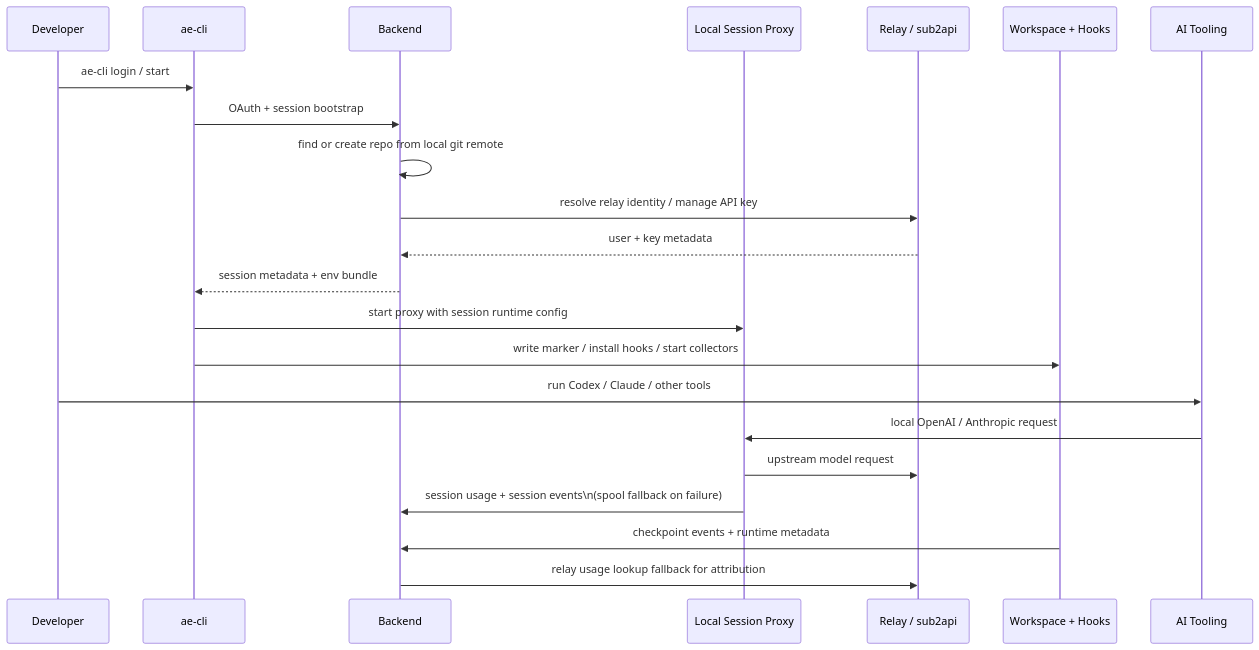
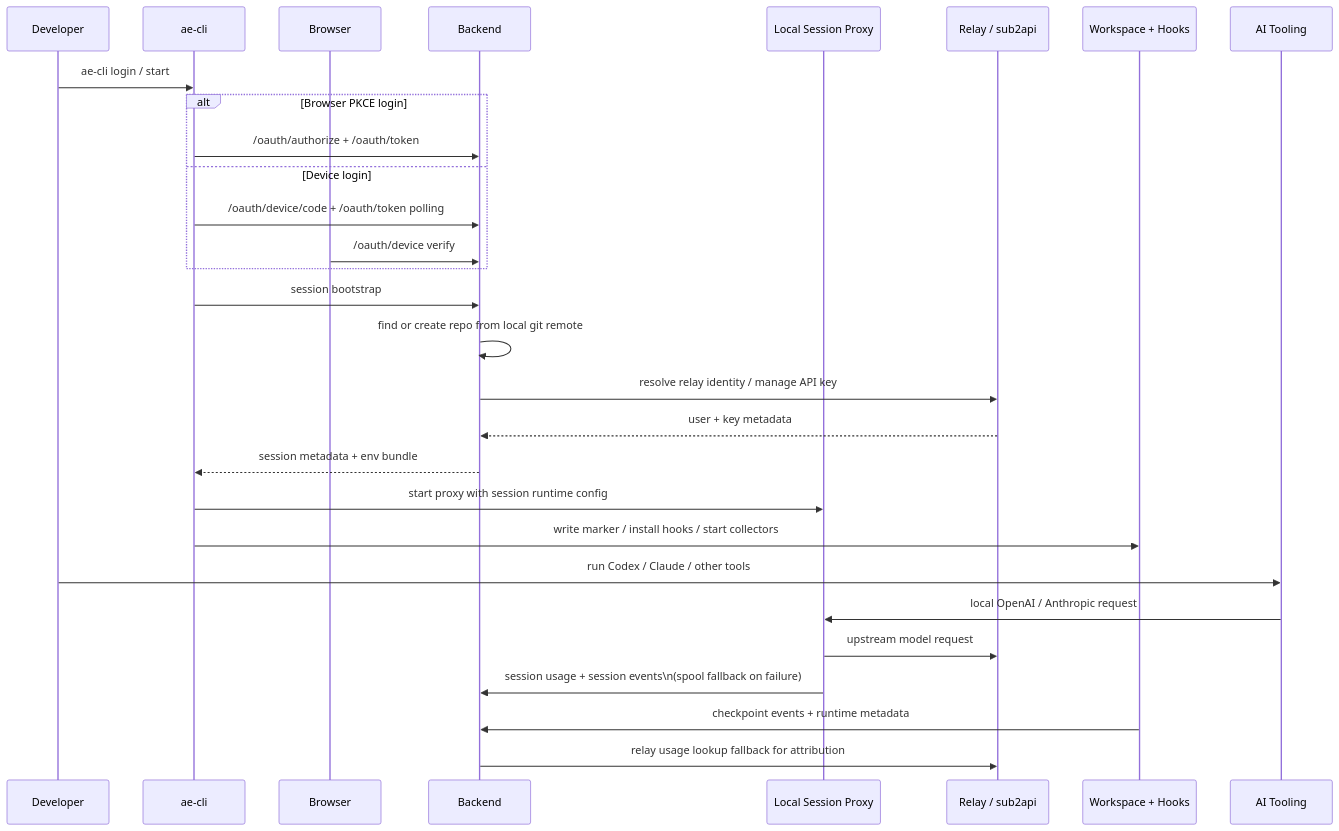
Before and after one commit to LichKing-2234/ai-efficiency: the third of 4 diagrams in docs/architecture.md, drawn with Mermaid. The commit also changed other lines of this file and 2 other files, not shown here.

Commit message:
docs(specs): document oauth device login flow

````diff
--- a/docs/architecture.md
+++ b/docs/architecture.md
@@ -120,25 +122,32 @@
 ```mermaid
 sequenceDiagram
     participant Dev as Developer
     participant CLI as ae-cli
+    participant Browser as Browser
     participant BE as Backend
     participant Proxy as Local Session Proxy
     participant Relay as Relay / sub2api
     participant WS as Workspace + Hooks
     participant Tool as AI Tooling
 
     Dev->>CLI: ae-cli login / start
-    CLI->>BE: OAuth + session bootstrap
+    alt Browser PKCE login
+        CLI->>BE: /oauth/authorize + /oauth/token
+    else Device login
+        CLI->>BE: /oauth/device/code + /oauth/token polling
+        Browser->>BE: /oauth/device verify
+    end
+    CLI->>BE: session bootstrap
     BE->>BE: find or create repo from local git remote
     BE->>Relay: resolve relay identity / manage API key
     Relay-->>BE: user + key metadata
     BE-->>CLI: session metadata + env bundle
     CLI->>Proxy: start proxy with session runtime config
     CLI->>WS: write marker / install hooks / start collectors
     Dev->>Tool: run Codex / Claude / other tools
     Tool->>Proxy: local OpenAI / Anthropic request
     Proxy->>Relay: upstream model request
     Proxy->>BE: session usage + session events\n(spool fallback on failure)
     WS->>BE: checkpoint events + runtime metadata
     BE->>Relay: relay usage lookup fallback for attribution
 ```
````
